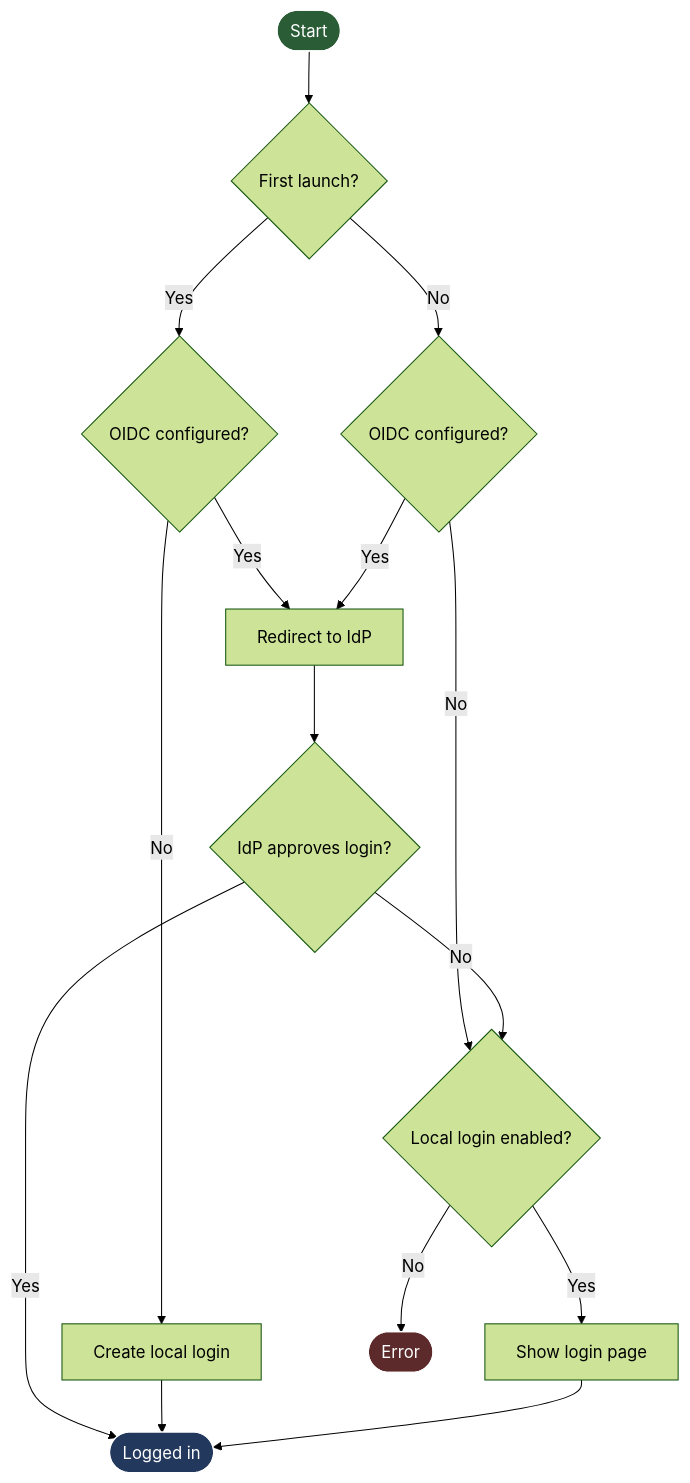
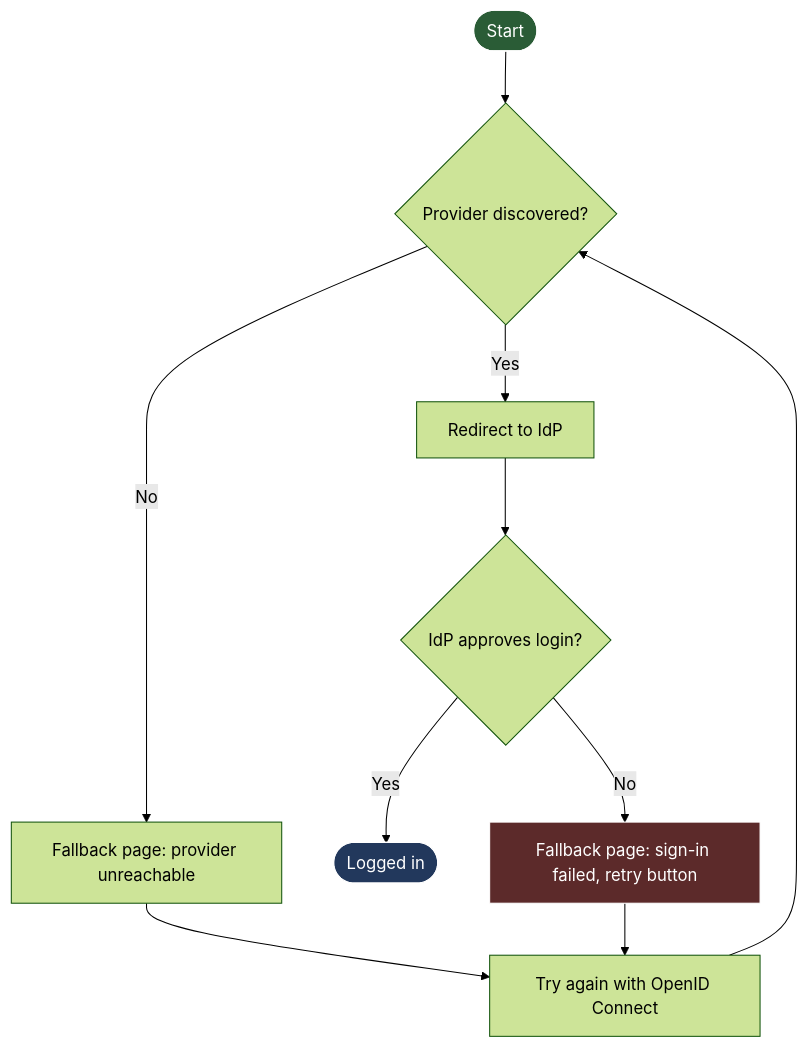
Before and after one commit to Miista/authy: the diagram in README.md, drawn with Mermaid (forest theme). The commit also changed other lines of this file and 27 other files, not shown here.

Commit message:
Remove the local account: the gate is an OIDC relying party only

````diff
--- a/README.md
+++ b/README.md
@@ -25,29 +27,22 @@
 ```mermaid
 flowchart TD
-    Start([Start]) --> First{First launch?}
+    Start([Start]) --> Disc{Provider discovered?}
 
-    First -- Yes --> O1{OIDC configured?}
-    First -- No --> O2{OIDC configured?}
-
-    O1 -- Yes --> IdP[Redirect to IdP]
-    O2 -- Yes --> IdP
-    O1 -- No --> Create[Create local login]
-    O2 -- No --> Local{Local login enabled?}
+    Disc -- Yes --> IdP[Redirect to IdP]
+    Disc -- No --> Fallback[Fallback page: provider unreachable]
 
     IdP --> Approves{IdP approves login?}
     Approves -- Yes --> In([Logged in])
-    Approves -- No --> Local
+    Approves -- No --> Fail[Fallback page: sign-in failed, retry button]
 
-    Local -- Yes --> Login[Show login page]
-    Local -- No --> Err([Error])
-
-    Create --> In
-    Login --> In
+    Fallback --> Retry[Try again with OpenID Connect]
+    Fail --> Retry
+    Retry --> Disc
 
     classDef start fill:#2a5c36,stroke:#fff,color:#fff
     classDef ok fill:#22385c,stroke:#fff,color:#fff
     classDef bad fill:#5c2a2a,stroke:#fff,color:#fff
     class Start start
     class In ok
-    class Err bad
+    class Fail bad
 ```
````
